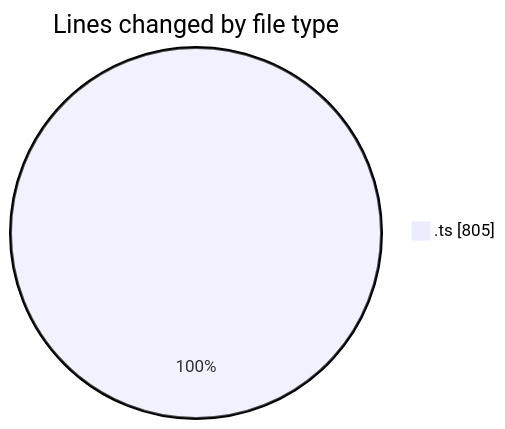
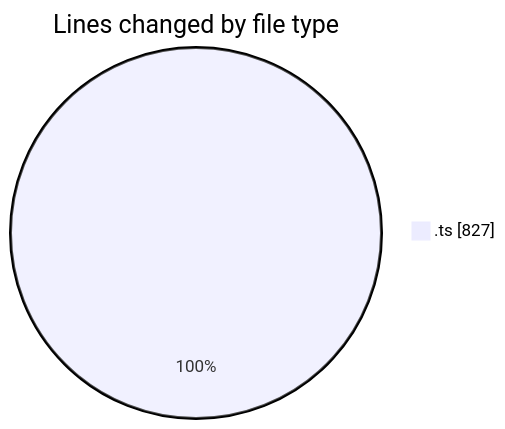
The first of 2 diagrams in 2026-03-04/nxtqube_webapp/README.md (nxtqubesakshisongat/code-tracking), drawn with Mermaid before and after one commit. The commit also changed other lines of this file and 1 other file, not shown here.

````diff
--- a/2026-03-04/nxtqube_webapp/README.md
+++ b/2026-03-04/nxtqube_webapp/README.md
@@ -20,5 +20,5 @@
 ```mermaid
 pie showData
 title Lines changed by file type
-".ts" : 805
+".ts" : 827
 ```
````
